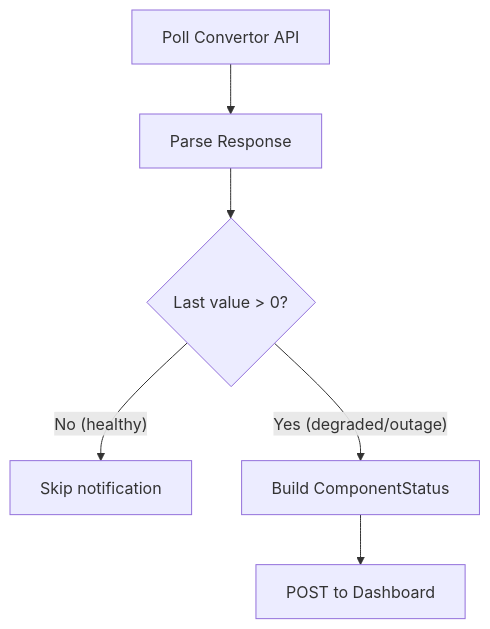
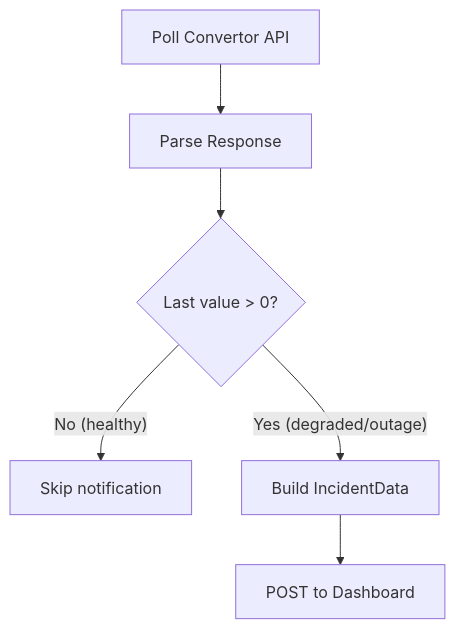
The fourth of 6 diagrams in doc/architecture/data-flow.md (stackmon/metrics-processor), drawn with Mermaid before and after one commit. The commit also changed other lines of this file and 55 other files, not shown here.

````diff
--- a/doc/architecture/data-flow.md
+++ b/doc/architecture/data-flow.md
@@ -310,15 +310,15 @@
 ```mermaid
 flowchart TD
     Poll["Poll Convertor API"]
     Parse["Parse Response"]
     Check{"Last value > 0?"}
     Skip["Skip notification"]
-    Build["Build ComponentStatus"]
+    Build["Build IncidentData"]
     Post["POST to Dashboard"]
     
     Poll --> Parse
     Parse --> Check
     Check -->|"No (healthy)"| Skip
     Check -->|"Yes (degraded/outage)"| Build
     Build --> Post
 ```
````
